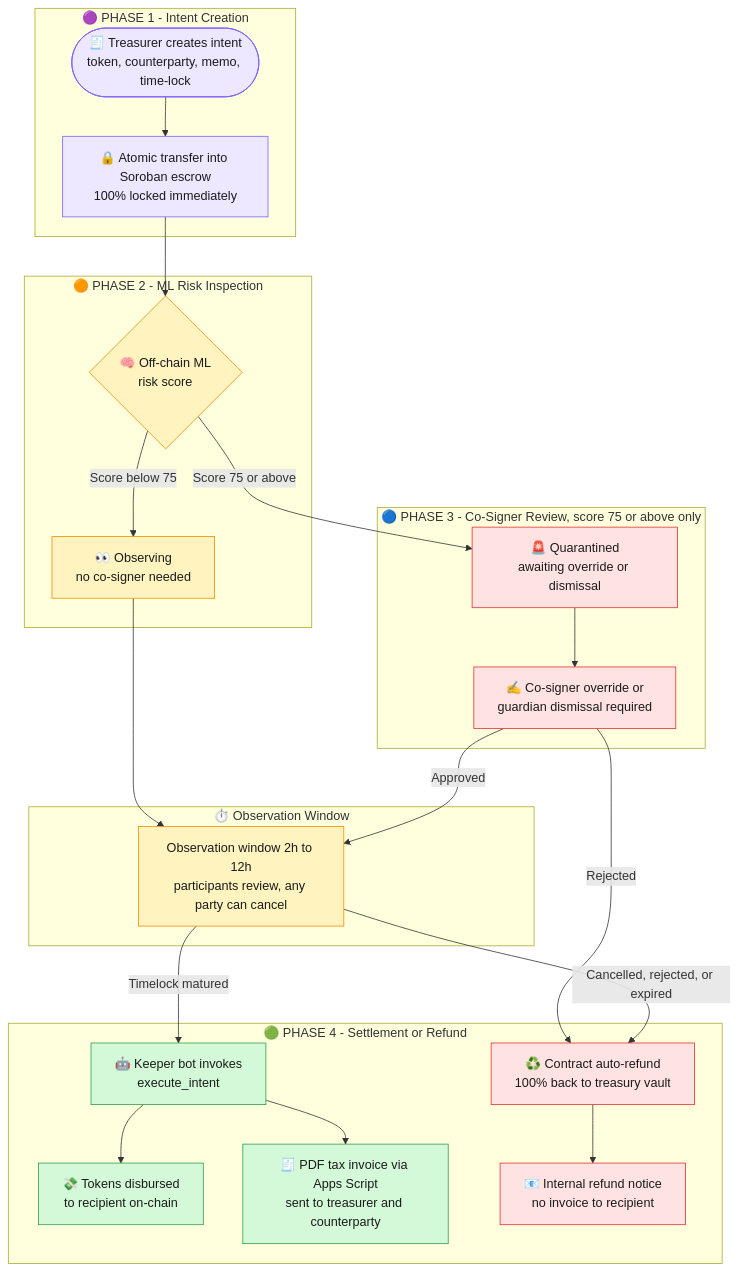
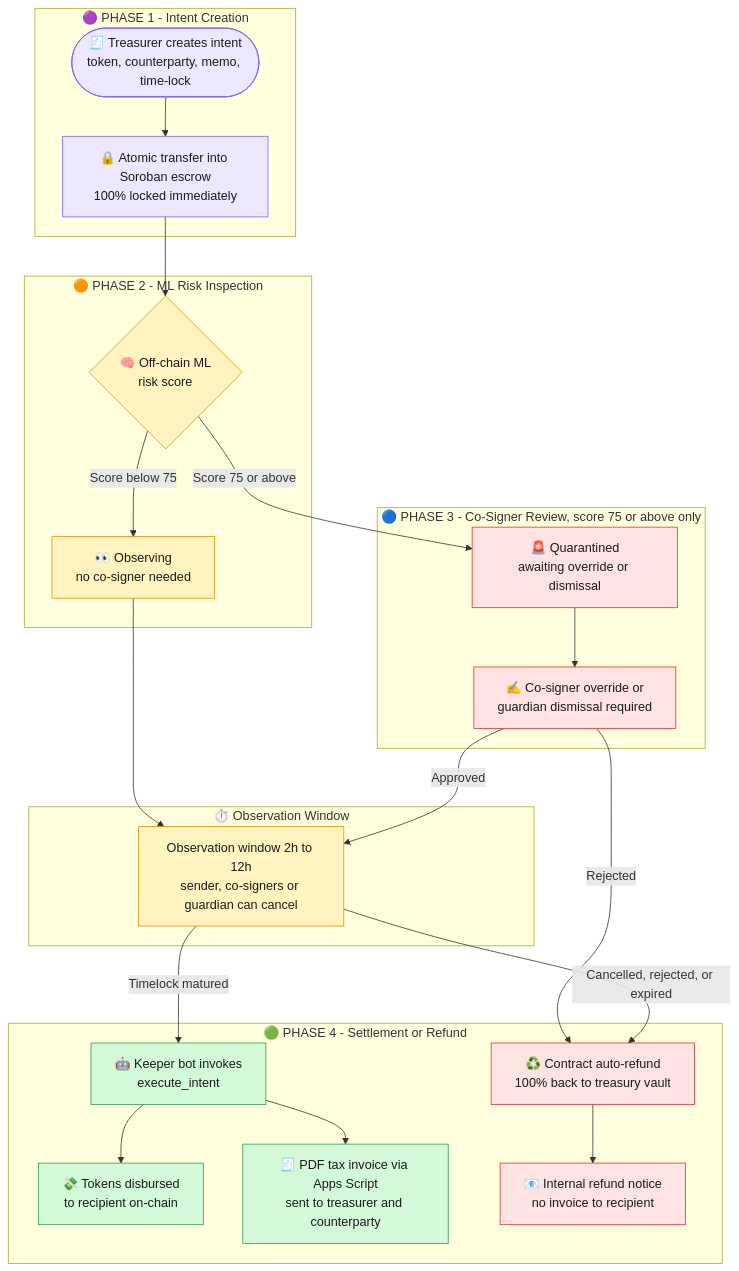
One commit to Earth-Kumar-Roy/Stellar-Sentinel changed the diagram in README.md. Above: the diagram before and after it, drawn with Mermaid. The commit also changed other lines of this file and 2 other files, not shown here.

````diff
--- a/README.md
+++ b/README.md
@@ -158,52 +161,52 @@
 ```mermaid
 flowchart TD
     subgraph P1["🟣 PHASE 1 - Intent Creation"]
         A(["🧾 Treasurer creates intent<br/>token, counterparty, memo, time-lock"])
         B["🔒 Atomic transfer into Soroban escrow<br/>100% locked immediately"]
         A --> B
     end
 
     subgraph P2["🟠 PHASE 2 - ML Risk Inspection"]
         C{"🧠 Off-chain ML<br/>risk score"}
         D["👀 Observing<br/>no co-signer needed"]
     end
 
     subgraph P3["🔵 PHASE 3 - Co-Signer Review, score 75 or above only"]
         E["🚨 Quarantined<br/>awaiting override or dismissal"]
         E2["✍️ Co-signer override or<br/>guardian dismissal required"]
         E --> E2
     end
 
     subgraph OBS["⏱️ Observation Window"]
-        F["Observation window 2h to 12h<br/>participants review, any party can cancel"]
+        F["Observation window 2h to 12h<br/>sender, co-signers or guardian can cancel"]
     end
 
     subgraph P4["🟢 PHASE 4 - Settlement or Refund"]
         G["♻️ Contract auto-refund<br/>100% back to treasury vault"]
         H["🤖 Keeper bot invokes<br/>execute_intent"]
         I["💸 Tokens disbursed<br/>to recipient on-chain"]
         J["🧾 PDF tax invoice via Apps Script<br/>sent to treasurer and counterparty"]
         K["📧 Internal refund notice<br/>no invoice to recipient"]
         H --> I
         H --> J
         G --> K
     end
 
     B --> C
     C -->|"Score below 75"| D
     C -->|"Score 75 or above"| E
     D --> F
     E2 -->|"Approved"| F
     E2 -->|"Rejected"| G
     F -->|"Cancelled, rejected, or expired"| G
     F -->|"Timelock matured"| H
 
     classDef lock fill:#EDE7FF,stroke:#7B61FF,color:#1b1b1b
     classDef warn fill:#FFE3E3,stroke:#E03131,color:#1b1b1b
     classDef good fill:#D3F9D8,stroke:#2F9E44,color:#1b1b1b
     classDef wait fill:#FFF3BF,stroke:#F08C00,color:#1b1b1b
     class A,B lock
     class E,E2,G,K warn
     class H,I,J good
     class C,D,F wait
 ```
````
